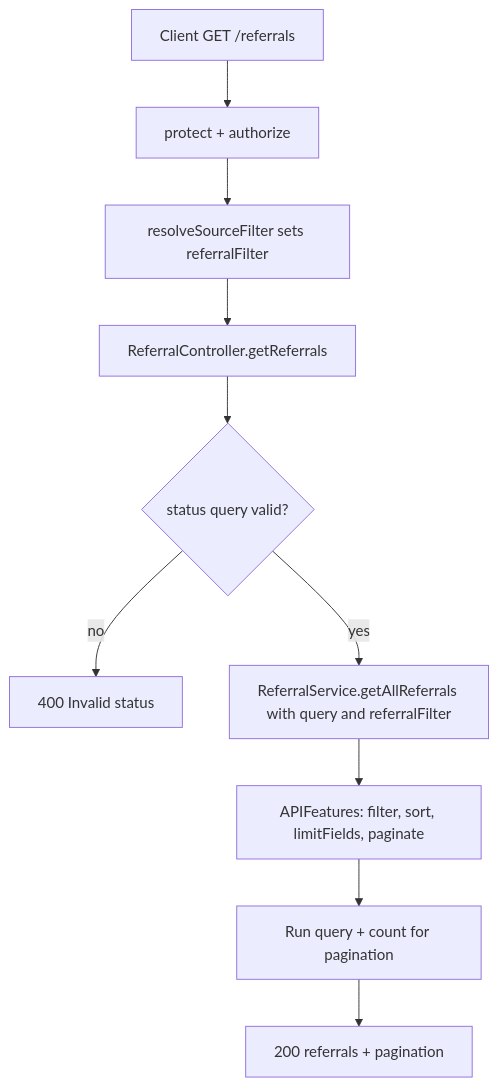
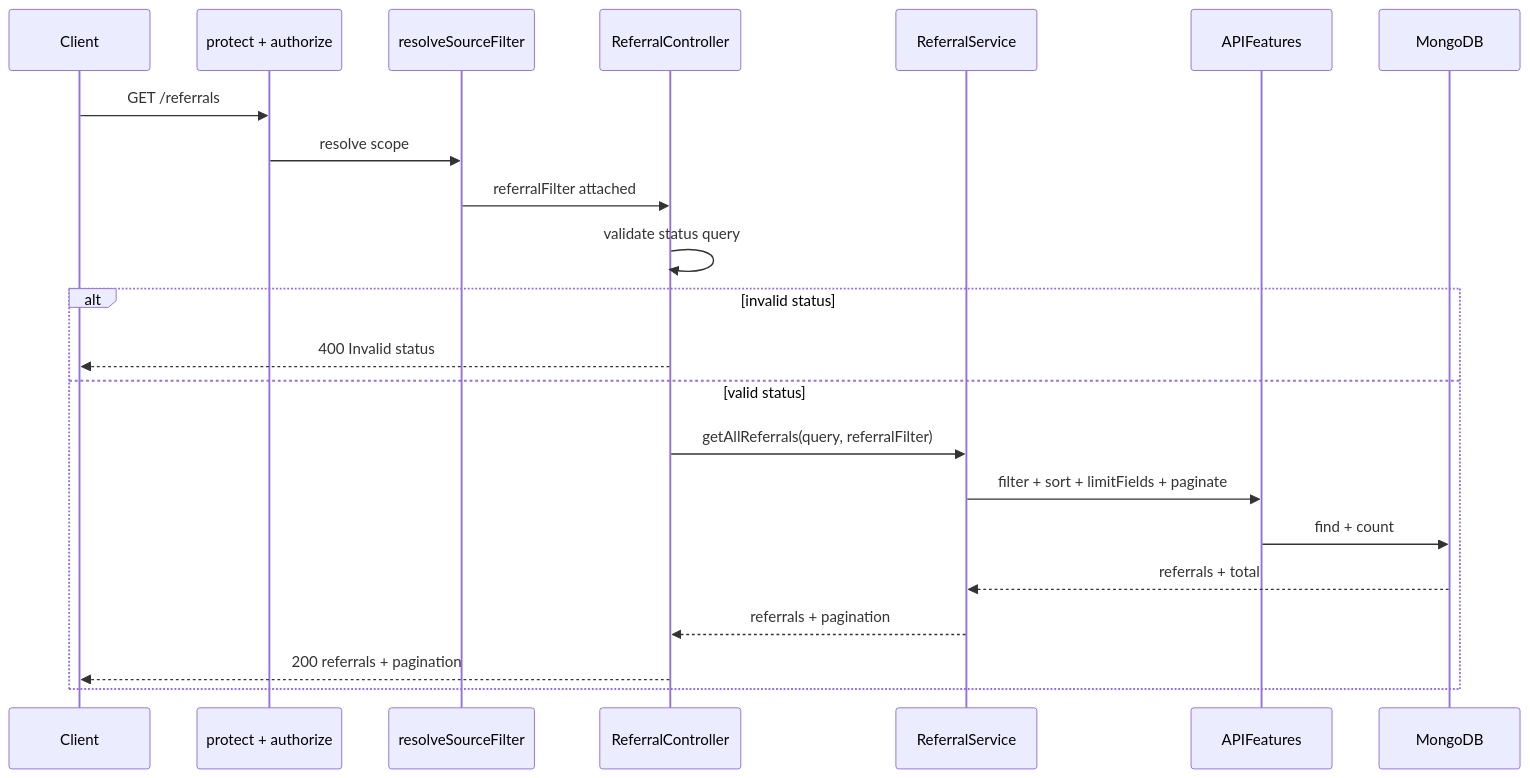
Before and after one commit to ericndungutse/erinde: the second of 3 diagrams in docs/referral-retrieval-api.md, drawn with Mermaid. The commit also changed other lines of this file and 7 other files, not shown here.

````diff
--- a/docs/referral-retrieval-api.md
+++ b/docs/referral-retrieval-api.md
@@ -24,12 +33,25 @@
 ```mermaid
-flowchart TD
-    A[Client GET /referrals] --> B[protect + authorize]
-    B --> C[resolveSourceFilter sets referralFilter]
-    C --> D[ReferralController.getReferrals]
-    D --> E{status query valid?}
-    E -->|no| F[400 Invalid status]
-    E -->|yes| G[ReferralService.getAllReferrals with query and referralFilter]
-    G --> H[APIFeatures: filter, sort, limitFields, paginate]
-    H --> I[Run query + count for pagination]
-    I --> J[200 referrals + pagination]
+sequenceDiagram
+    participant Client
+    participant Auth as protect + authorize
+    participant Scope as resolveSourceFilter
+    participant Controller as ReferralController
+    participant Service as ReferralService
+    participant Features as APIFeatures
+    participant DB as MongoDB
+
+    Client->>Auth: GET /referrals
+    Auth->>Scope: resolve scope
+    Scope->>Controller: referralFilter attached
+    Controller->>Controller: validate status query
+    alt invalid status
+        Controller-->>Client: 400 Invalid status
+    else valid status
+        Controller->>Service: getAllReferrals(query, referralFilter)
+        Service->>Features: filter + sort + limitFields + paginate
+        Features->>DB: find + count
+        DB-->>Service: referrals + total
+        Service-->>Controller: referrals + pagination
+        Controller-->>Client: 200 referrals + pagination
+    end
 ```
````
